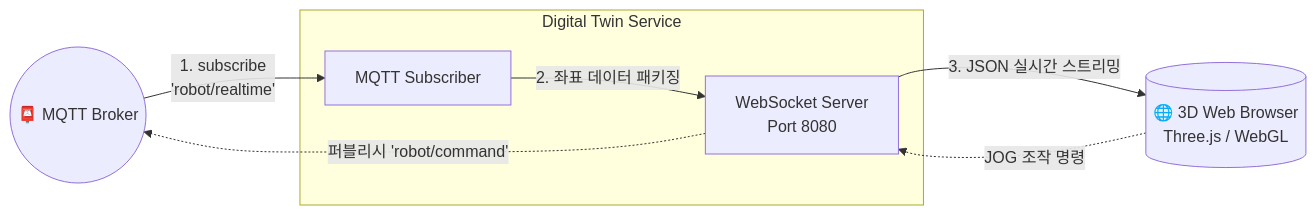
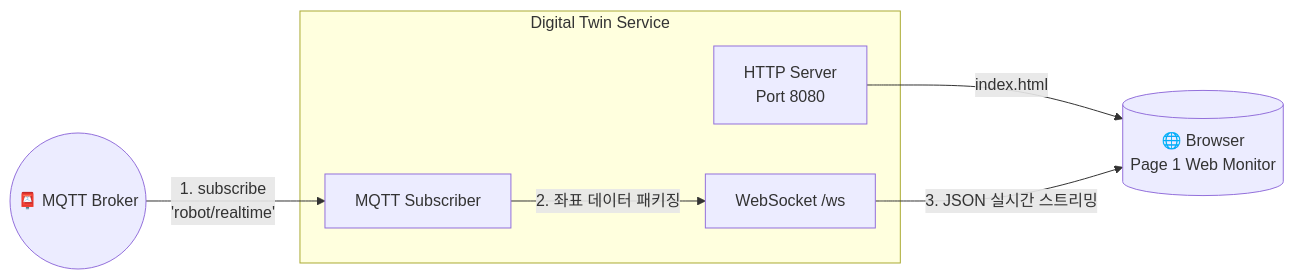
Before and after one commit to HeungJAELEE/Busan_Robot: the diagram in backend/digital_twin/README.md, drawn with Mermaid. The commit also changed other lines of this file and 24 other files, not shown here.

Commit message:
feat: add operator web monitor and focused recording

````diff
--- a/backend/digital_twin/README.md
+++ b/backend/digital_twin/README.md
@@ -9,18 +18,16 @@
 ```mermaid
 flowchart LR
     MQTT((📮 MQTT Broker))
-    Browser[(🌐 3D Web Browser<br/>Three.js / WebGL)]
+    Browser[(🌐 Browser<br/>Page 1 Web Monitor)]
     
     subgraph Digital Twin Service
         S[MQTT Subscriber]
-        WS[WebSocket Server<br/>Port 8080]
+        HTTP[HTTP Server<br/>Port 8080]
+        WS[WebSocket /ws]
     end
 
     MQTT -->|1. subscribe<br/>'robot/realtime'| S
     S -->|2. 좌표 데이터 패키징| WS
+    HTTP -->|index.html| Browser
     WS -->|3. JSON 실시간 스트리밍| Browser
-    
-    %% 사용자 상호작용
-    Browser -.->|JOG 조작 명령| WS
-    WS -.->|퍼블리시 'robot/command'| MQTT
 ```
````
